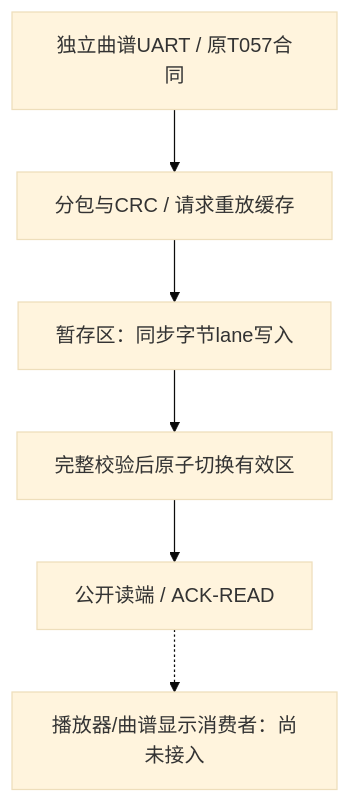
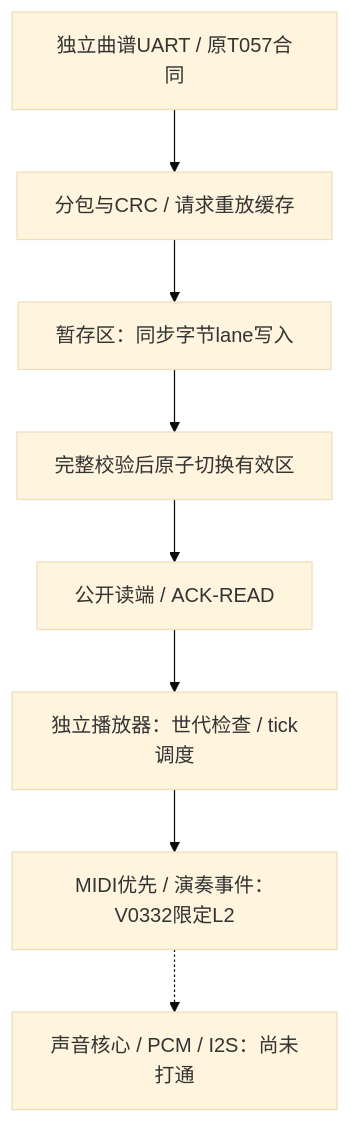
One commit to SunnyHuang888/GaoYunFPGA_local changed diagram 37 of 42 in 系统模块总览.md. Above: the diagram before and after it, drawn with Mermaid (base theme). The commit also changed other lines of this file and 34 other files, not shown here.

````diff
--- a/系统模块总览.md
+++ b/系统模块总览.md
@@ -4228,8 +4284,10 @@
 ```mermaid
 flowchart TD
  A["独立曲谱UART / 原T057合同"] --> B["分包与CRC / 请求重放缓存"]
  B --> C["暂存区：同步字节lane写入"]
  C --> D["完整校验后原子切换有效区"]
  D --> E["公开读端 / ACK-READ"]
- E -.-> F["播放器/曲谱显示消费者：尚未接入"]
+ E --> F["独立播放器：世代检查 / tick调度"]
+ F --> G["MIDI优先 / 演奏事件：V0332限定L2"]
+ G -.-> H["声音核心 / PCM / I2S：尚未打通"]
 ```
````
